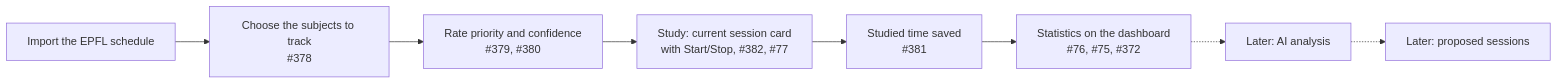
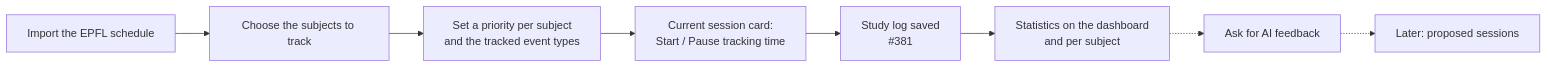
Before and after one commit to DidYouStudy/App: the diagram in docs/statistics/decisions.md, drawn with Mermaid. The commit also changed other lines of this file, not shown here.

First line of the commit message:
docs(stats): Record agreed statistics decisions

````diff
--- a/docs/statistics/decisions.md
+++ b/docs/statistics/decisions.md
@@ -18,10 +17,10 @@
 ```mermaid
 graph LR
-  A["Import the EPFL schedule"] --> B["Choose the subjects to track<br/>#378"]
-  B --> C["Rate priority and confidence<br/>#379, #380"]
-  C --> D["Study: current session card<br/>with Start/Stop, #382, #77"]
-  D --> E["Studied time saved<br/>#381"]
-  E --> F["Statistics on the dashboard<br/>#76, #75, #372"]
-  F -.-> G["Later: AI analysis"]
+  A["Import the EPFL schedule"] --> B["Choose the subjects to track"]
+  B --> C["Set a priority per subject<br/>and the tracked event types"]
+  C --> D["Current session card:<br/>Start / Pause tracking time"]
+  D --> E["Study log saved<br/>#381"]
+  E --> F["Statistics on the dashboard<br/>and per subject"]
+  F -.-> G["Ask for AI feedback"]
   G -.-> H["Later: proposed sessions"]
 ```
````
